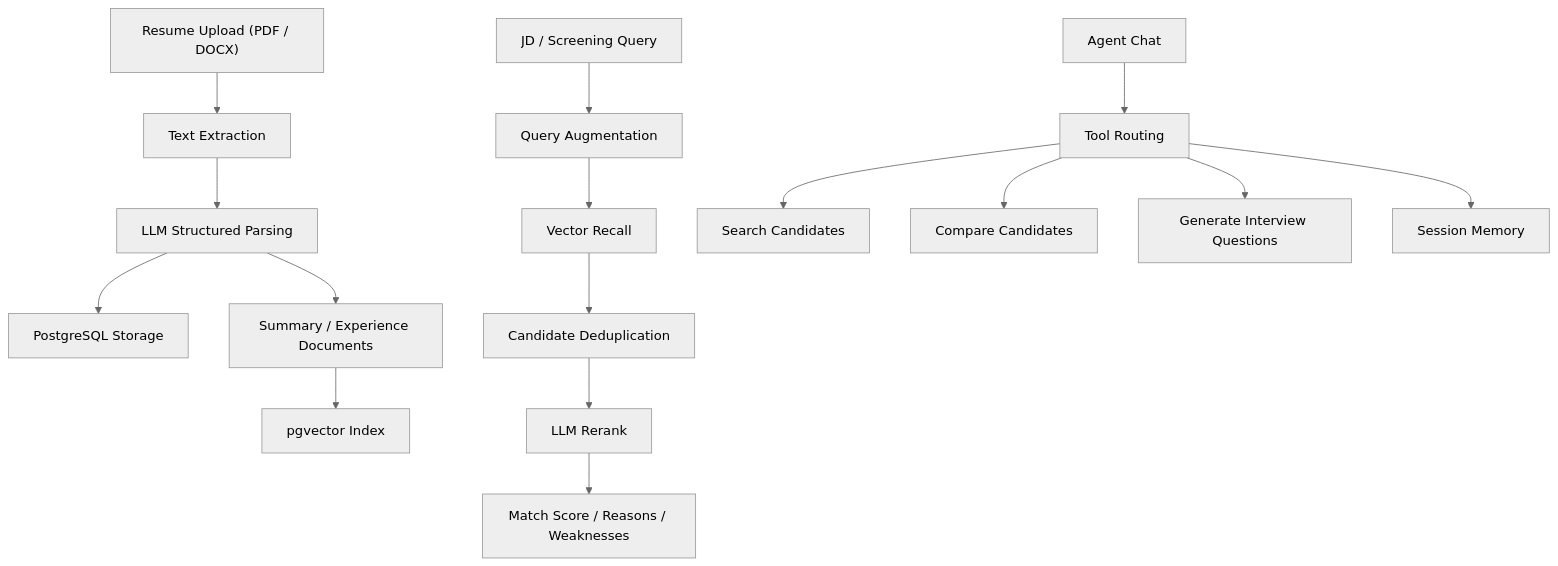
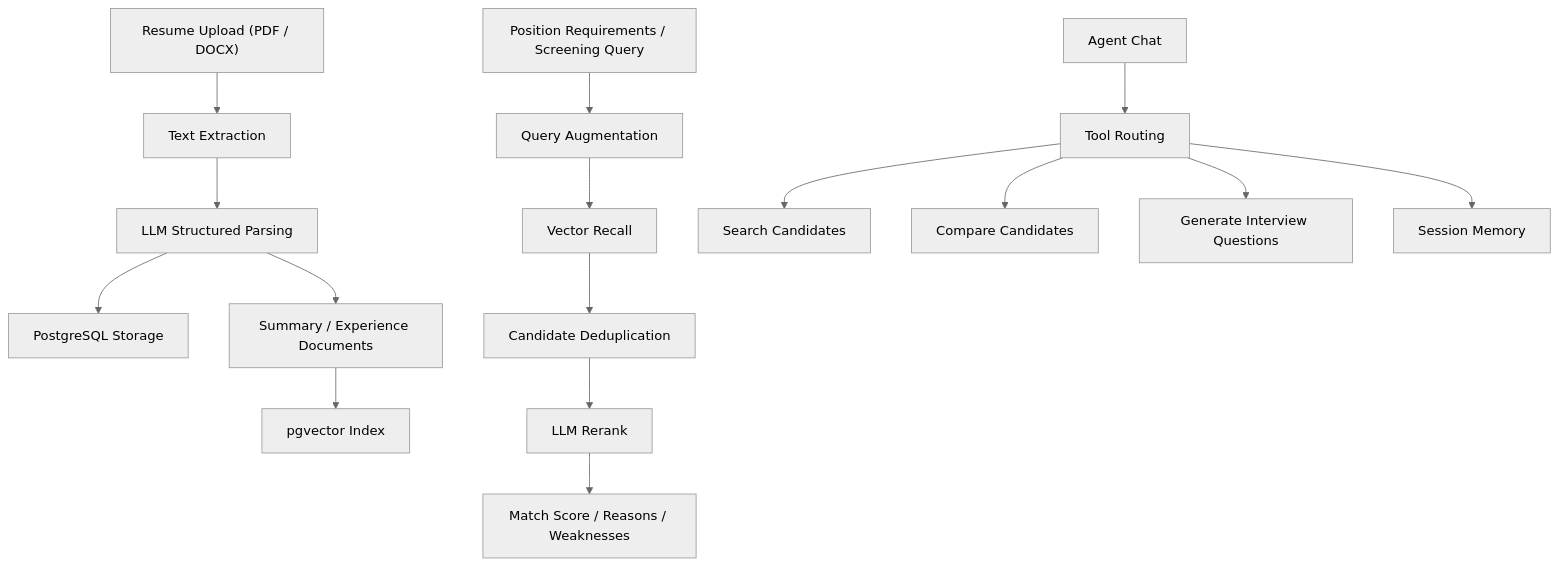
One commit to missrosery/resume-screening-agent changed the diagram in README.md. Above: the diagram before and after it, drawn with Mermaid (neutral theme). The commit also changed other lines of this file and 1 other file, not shown here.

````diff
--- a/README.md
+++ b/README.md
@@ -41,20 +40,20 @@
 ```mermaid
 flowchart TD
     A["Resume Upload (PDF / DOCX)"] --> B["Text Extraction"]
     B --> C["LLM Structured Parsing"]
     C --> D["PostgreSQL Storage"]
     C --> E["Summary / Experience Documents"]
     E --> F["pgvector Index"]
 
-    G["JD / Screening Query"] --> H["Query Augmentation"]
+    G["Position Requirements / Screening Query"] --> H["Query Augmentation"]
     H --> I["Vector Recall"]
     I --> J["Candidate Deduplication"]
     J --> K["LLM Rerank"]
     K --> L["Match Score / Reasons / Weaknesses"]
 
     M["Agent Chat"] --> N["Tool Routing"]
     N --> O["Search Candidates"]
     N --> P["Compare Candidates"]
     N --> Q["Generate Interview Questions"]
     N --> R["Session Memory"]
 ```
````
